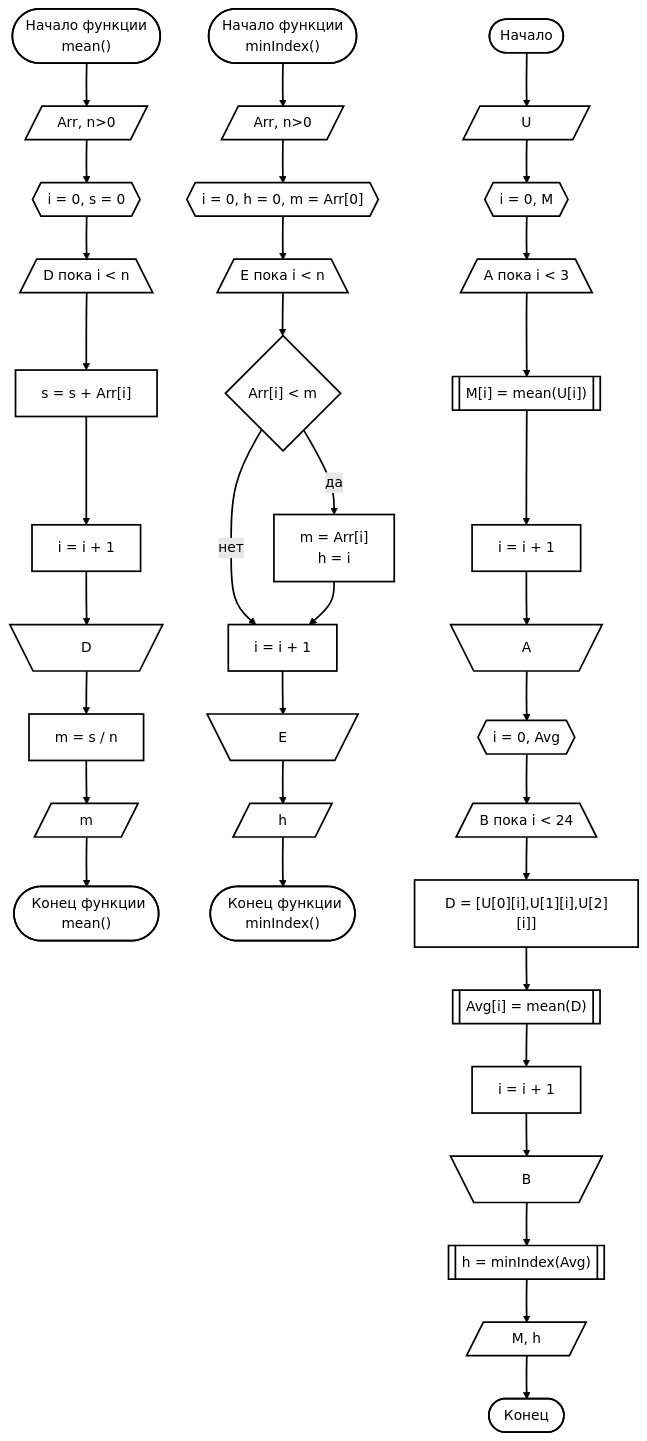
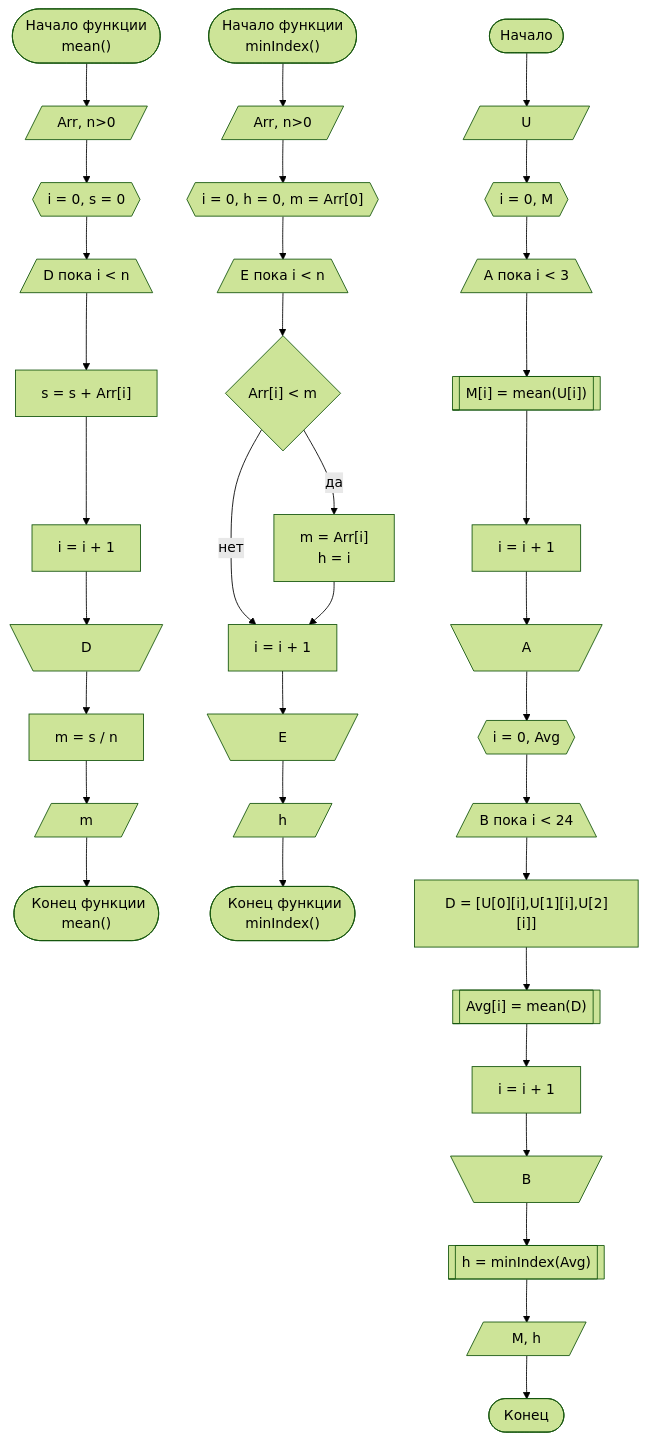
One commit to a1ip/SOID changed the diagram in README.md. Above: the diagram before and after it, drawn with Mermaid (forest theme).

````diff
--- a/README.md
+++ b/README.md
@@ -5,43 +5,43 @@
 ```mermaid
 %%{ init: { 'flowchart': { 'curve': 'bump' } } }%%
 flowchart TD
 start1(["Начало функции<br>mean()"]) --> input1[/"#160;#160;Arr, n>0#160;#160;"/]
 input1 --> i1{{i = 0, s = 0}}
 i1 -->  startloop11[/D пока i < n\]
 startloop11 --> solve11["s = s + Arr[i]"]
 solve11 --> solve12[i = i + 1]
 solve12 --> endloop11[\"#160;#160;#160;#160;#160;#160;#160;#160;D#160;#160;#160;#160;#160;#160;#160;#160;"/]
 endloop11 --> solve13[m = s / n]
 solve13 --> output1[/"#160;#160;#160;#160;#160;m#160;#160;#160;#160;#160;"/]
 output1 -->  end1(["#160;Конец функции<br>mean()"])
 
 start2(["Начало функции<br>minIndex()"]) --> input2[/"#160;#160;Arr, n>0#160;#160;"/]
 input2 --> i2{{"i = 0, h = 0, m = Arr[0]"}}
 i2 -->  startloop21[/E пока i < n\]
 startloop21 --> if2{"Arr[i] < m"}
 if2 --> |да| solve21["m = Arr[i]<br>h = i"]
 if2 --> |нет| solve22
 solve21 --> solve22[i = i + 1]
 solve22 --> endloop21[\"#160;#160;#160;#160;#160;#160;#160;#160;E#160;#160;#160;#160;#160;#160;#160;#160;"/]
 endloop21 --> output2[/"#160;#160;#160;#160;#160;h#160;#160;#160;#160;#160;"/]
 output2 -->  end2(["#160;Конец функции<br>minIndex()"])
 
 start([Начало]) --> input[/"#160;#160;#160;#160;#160;#160;#160;#160;U#160;#160;#160;#160;#160;#160;#160;#160;"/]
 input --> i{{i = 0, M}}
 i -->  startloop3[/A пока i < 3\]
 startloop3 --> solve1[["M[i] = mean(U[i])"]]
 solve1 --> solve2[i = i + 1]
 solve2 --> endloop3[\"#160;#160;#160;#160;#160;#160;#160;#160;A#160;#160;#160;#160;#160;#160;#160;#160;"/]
 endloop3 --> j{{i = 0, Avg}}
 j --> startloop4[/B пока i < 24\]
 startloop4 --> solve3["D = [U[0][i],U[1][i],U[2][i]]"]
 solve3 --> solve4[["Avg[i] = mean(D)"]]
 solve4 --> solve5[i = i + 1]
 solve5 --> endloop4[\"#160;#160;#160;#160;#160;#160;#160;#160;B#160;#160;#160;#160;#160;#160;#160;#160;"/]
 endloop4 --> solve6[["h = minIndex(Avg)"]]
 solve6 --> output[/"#160;#160;#160;#160;#160;M, h#160;#160;#160;#160;#160;"/]
 output -->  End(["#160;Конец#160;"])
 
-classDef default fill:#fff,stroke:#000,stroke-width:2px;
-linkStyle default stroke:#000,stroke-width:2px,color:black;
+%%classDef default fill:#fff,stroke:#000,stroke-width:2px;
+%%linkStyle default stroke:#000,stroke-width:2px,color:black;
 ```
````
